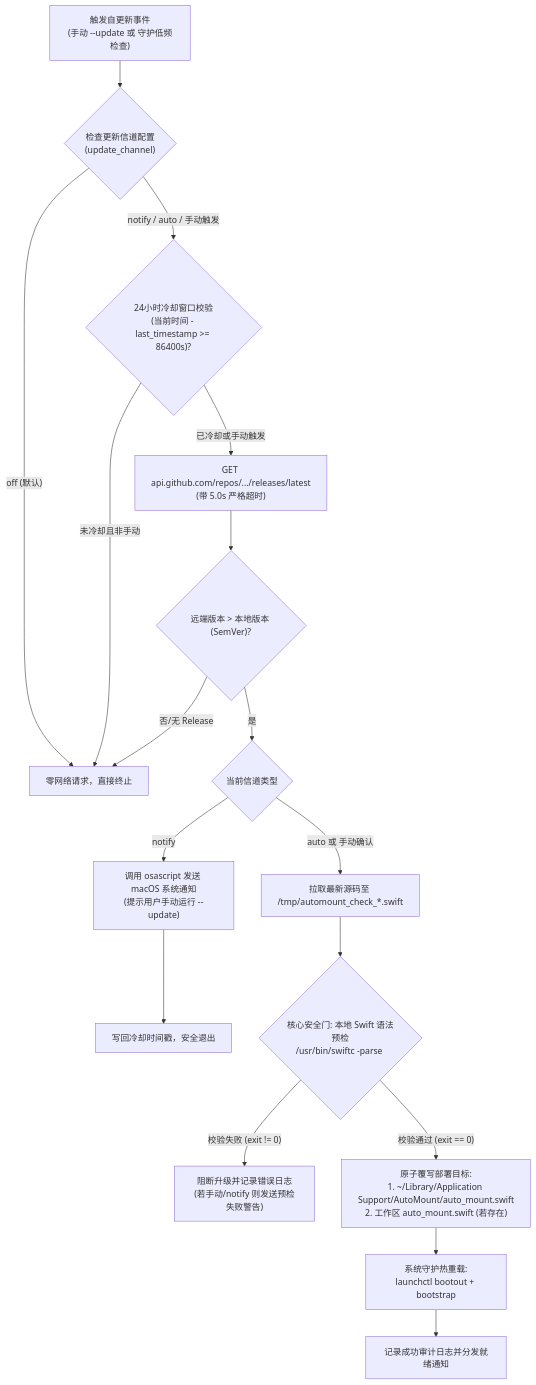
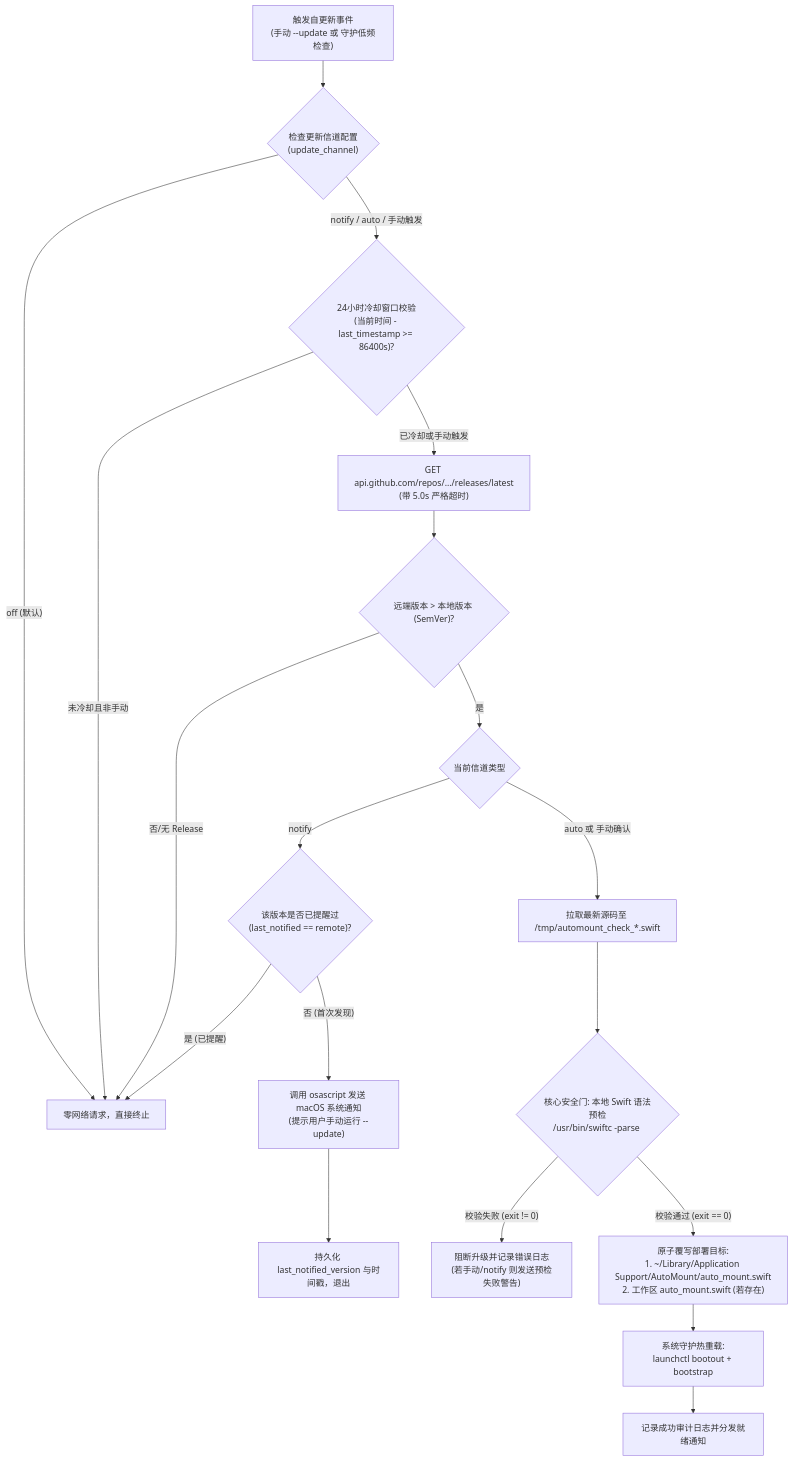
The second of 2 diagrams in ARCHITECTURE.zh.md (jiezhengj/automnt), drawn with Mermaid before and after one commit. The commit also changed other lines of this file and 4 other files, not shown here.

````diff
--- a/ARCHITECTURE.zh.md
+++ b/ARCHITECTURE.zh.md
@@ -313,25 +313,27 @@
 ```mermaid
 flowchart TD
     Trigger["触发自更新事件\n(手动 --update 或 守护低频检查)"] --> CheckChannel{"检查更新信道配置\n(update_channel)"}
     CheckChannel -- "off (默认)" --> SkipUpdate["零网络请求，直接终止"]
     CheckChannel -- "notify / auto / 手动触发" --> CooldownCheck{"24小时冷却窗口校验\n(当前时间 - last_timestamp >= 86400s)?"}
     
     CooldownCheck -- "未冷却且非手动" --> SkipUpdate
     CooldownCheck -- "已冷却或手动触发" --> FetchRelease["GET api.github.com/repos/.../releases/latest\n(带 5.0s 严格超时)"]
     
     FetchRelease --> ParseSemVer{"远端版本 > 本地版本 (SemVer)?"}
     ParseSemVer -- "否/无 Release" --> SkipUpdate
     ParseSemVer -- "是" --> ChannelBranch{"当前信道类型"}
     
-    ChannelBranch -- "notify" --> SendBanner["调用 osascript 发送 macOS 系统通知\n(提示用户手动运行 --update)"]
-    SendBanner --> UpdateTimestamp["写回冷却时间戳，安全退出"]
+    ChannelBranch -- "notify" --> CheckNotified{"该版本是否已提醒过\n(last_notified == remote)?"}
+    CheckNotified -- "是 (已提醒)" --> SkipUpdate
+    CheckNotified -- "否 (首次发现)" --> SendBanner["调用 osascript 发送 macOS 系统通知\n(提示用户手动运行 --update)"]
+    SendBanner --> UpdateTimestamp["持久化 last_notified_version 与时间戳，退出"]
     
     ChannelBranch -- "auto 或 手动确认" --> DownloadSource["拉取最新源码至 /tmp/automount_check_*.swift"]
     DownloadSource --> SyntaxGate{"核心安全门: 本地 Swift 语法预检\n/usr/bin/swiftc -parse <temp_file>"}
     
     SyntaxGate -- "校验失败 (exit != 0)" --> AbortRollback["阻断升级并记录错误日志\n(若手动/notify 则发送预检失败警告)"]
     SyntaxGate -- "校验通过 (exit == 0)" --> AtomicDeploy["原子覆写部署目标:\n1. ~/Library/Application Support/AutoMount/auto_mount.swift\n2. 工作区 auto_mount.swift (若存在)"]
     
     AtomicDeploy --> ServiceReload["系统守护热重载:\nlaunchctl bootout + bootstrap"]
     ServiceReload --> Complete["记录成功审计日志并分发就绪通知"]
 ```
````
